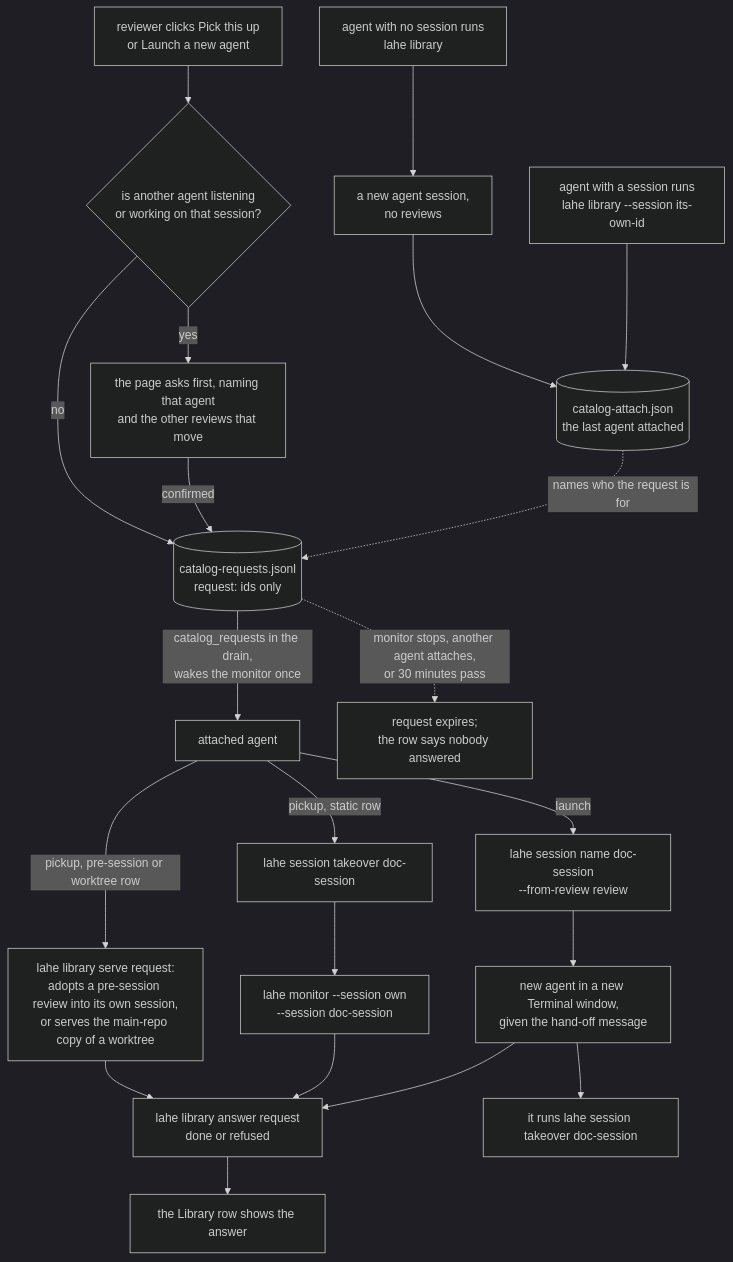
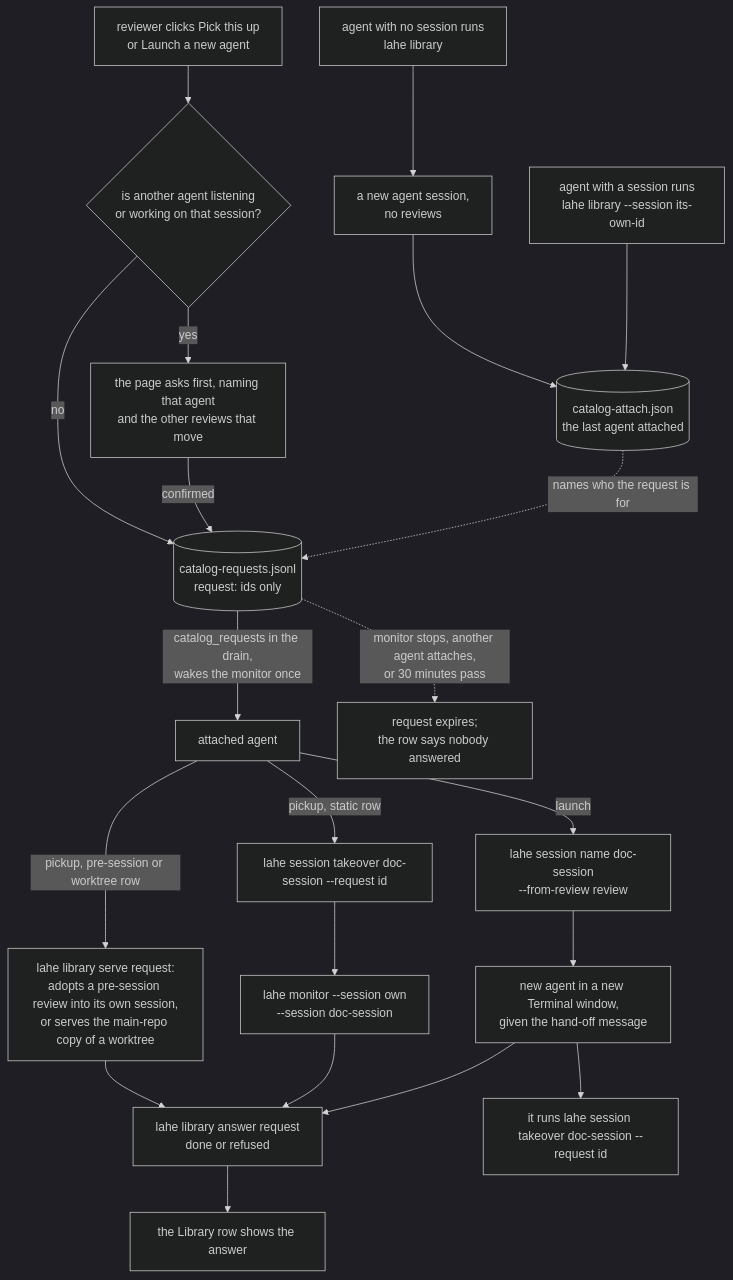
The second of 3 diagrams in docs/diagrams/session_ownership.md (kenxle/live-agentic-html-editor), drawn with Mermaid (dark theme) before and after one commit. The commit also changed other lines of this file and 11 other files, not shown here.

````diff
--- a/docs/diagrams/session_ownership.md
+++ b/docs/diagrams/session_ownership.md
@@ -88,23 +91,23 @@
 ```mermaid
 flowchart TD
     Bare["agent with no session runs<br/>lahe library"] --> Mint["a new agent session,<br/>no reviews"]
     Mint --> AttachFile[("catalog-attach.json<br/>the last agent attached")]
     Attach["agent with a session runs<br/>lahe library --session its-own-id"] --> AttachFile
     Click["reviewer clicks Pick this up<br/>or Launch a new agent"] --> Watched{"is another agent listening<br/>or working on that session?"}
     Watched -->|"yes"| Confirm["the page asks first, naming that agent<br/>and the other reviews that move"]
     Watched -->|"no"| Queue
     Confirm -->|"confirmed"| Queue[("catalog-requests.jsonl<br/>request: ids only")]
     AttachFile -.->|"names who the request is for"| Queue
     Queue -->|"catalog_requests in the drain,<br/>wakes the monitor once"| Agent["attached agent"]
-    Agent -->|"pickup, static row"| Take["lahe session takeover doc-session"]
+    Agent -->|"pickup, static row"| Take["lahe session takeover doc-session --request id"]
     Agent -->|"pickup, pre-session or worktree row"| Serve["lahe library serve request:<br/>adopts a pre-session review into its own session,<br/>or serves the main-repo copy of a worktree"]
     Serve --> Answer
     Take --> Both["lahe monitor --session own<br/>--session doc-session"]
     Agent -->|"launch"| Name["lahe session name doc-session<br/>--from-review review"]
     Name --> NewAgent["new agent in a new Terminal window,<br/>given the hand-off message"]
-    NewAgent --> Take2["it runs lahe session takeover doc-session"]
+    NewAgent --> Take2["it runs lahe session takeover doc-session --request id"]
     Both --> Answer["lahe library answer request<br/>done or refused"]
     NewAgent --> Answer
     Answer --> Row["the Library row shows the answer"]
     Queue -.->|"monitor stops, another agent attaches,<br/>or 30 minutes pass"| Expired["request expires;<br/>the row says nobody answered"]
 ```
````
